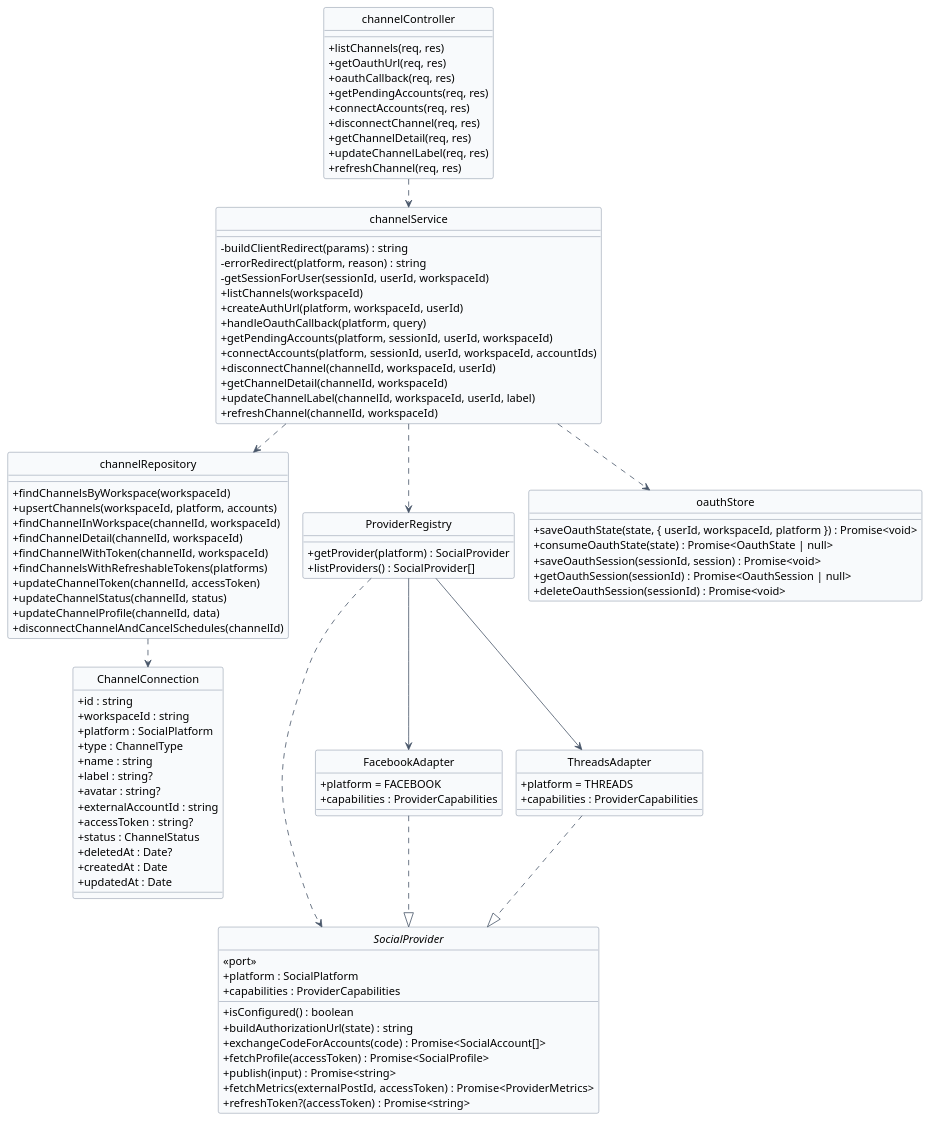
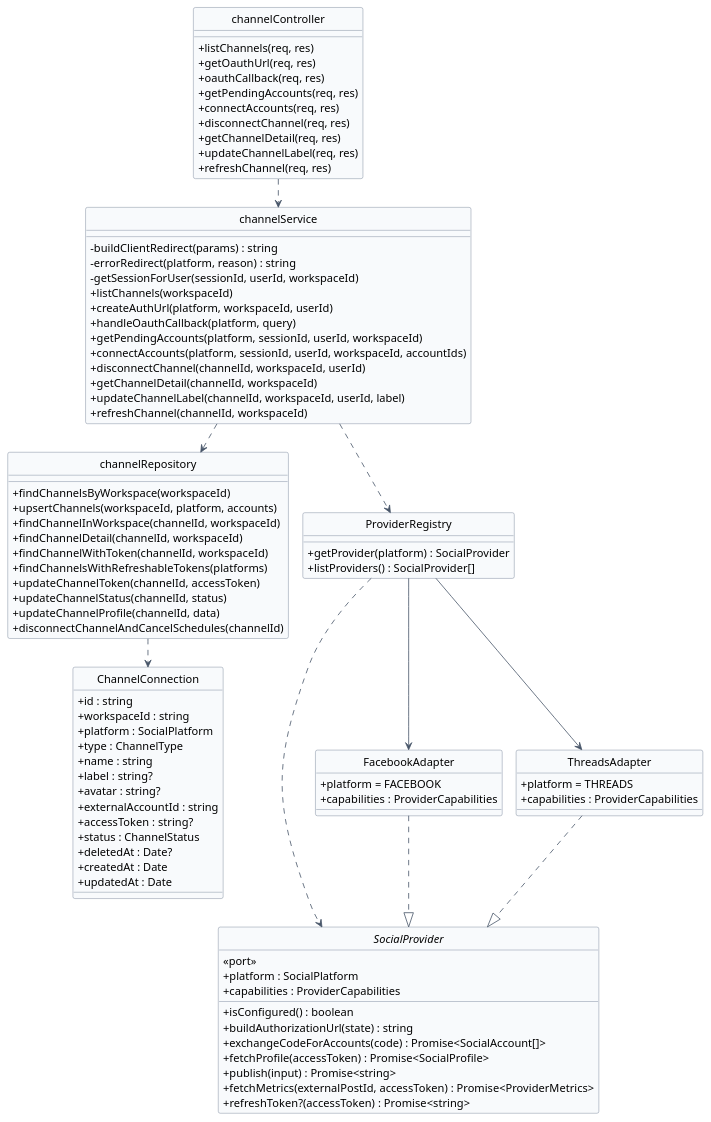
The diagram in docs/diagrams/04-channel.puml (Pham-Hong-Ky/marka-capstone), drawn with PlantUML before and after one commit. The commit also changed 34 other files, not shown here.

```diff
--- a/docs/diagrams/04-channel.puml
+++ b/docs/diagrams/04-channel.puml
@@ -1,121 +1,112 @@
 @startuml 04-channel
 hide circle
 hide stereotype
 !pragma layout smetana
 
 skinparam classAttributeIconSize 0
 skinparam linetype ortho
 skinparam shadowing false
 skinparam defaultFontName Arial
 skinparam nodesep 40
 skinparam ranksep 50
 skinparam class {
   BackgroundColor #F8FAFC
   BorderColor #64748B
   ArrowColor #475569
 }
 
 class "ChannelConnection" as ChannelConnection {
   + id : string
   + workspaceId : string
   + platform : SocialPlatform
   + type : ChannelType
   + name : string
   + label : string?
   + avatar : string?
   + externalAccountId : string
   + accessToken : string?
   + status : ChannelStatus
   + deletedAt : Date?
   + createdAt : Date
   + updatedAt : Date
 }
 
 class "channelController" as channelController {
   + listChannels(req, res)
   + getOauthUrl(req, res)
   + oauthCallback(req, res)
   + getPendingAccounts(req, res)
   + connectAccounts(req, res)
   + disconnectChannel(req, res)
   + getChannelDetail(req, res)
   + updateChannelLabel(req, res)
   + refreshChannel(req, res)
 }
 
 class "channelService" as channelService {
   - buildClientRedirect(params) : string
   - errorRedirect(platform, reason) : string
   - getSessionForUser(sessionId, userId, workspaceId)
   + listChannels(workspaceId)
   + createAuthUrl(platform, workspaceId, userId)
   + handleOauthCallback(platform, query)
   + getPendingAccounts(platform, sessionId, userId, workspaceId)
   + connectAccounts(platform, sessionId, userId, workspaceId, accountIds)
   + disconnectChannel(channelId, workspaceId, userId)
   + getChannelDetail(channelId, workspaceId)
   + updateChannelLabel(channelId, workspaceId, userId, label)
   + refreshChannel(channelId, workspaceId)
 }
 
 class "channelRepository" as channelRepository {
   + findChannelsByWorkspace(workspaceId)
   + upsertChannels(workspaceId, platform, accounts)
   + findChannelInWorkspace(channelId, workspaceId)
   + findChannelDetail(channelId, workspaceId)
   + findChannelWithToken(channelId, workspaceId)
   + findChannelsWithRefreshableTokens(platforms)
   + updateChannelToken(channelId, accessToken)
   + updateChannelStatus(channelId, status)
   + updateChannelProfile(channelId, data)
   + disconnectChannelAndCancelSchedules(channelId)
 }
 
 interface "SocialProvider" as socialProvider {
   <<port>>
   + platform : SocialPlatform
   + capabilities : ProviderCapabilities
   + isConfigured() : boolean
   + buildAuthorizationUrl(state) : string
   + exchangeCodeForAccounts(code) : Promise<SocialAccount[]>
   + fetchProfile(accessToken) : Promise<SocialProfile>
   + publish(input) : Promise<string>
   + fetchMetrics(externalPostId, accessToken) : Promise<ProviderMetrics>
   + refreshToken?(accessToken) : Promise<string>
 }
 
 class "FacebookAdapter" as facebookAdapter {
   + platform = FACEBOOK
   + capabilities : ProviderCapabilities
 }
 
 class "ThreadsAdapter" as threadsAdapter {
   + platform = THREADS
   + capabilities : ProviderCapabilities
 }
 
 class "ProviderRegistry" as providerRegistry {
   + getProvider(platform) : SocialProvider
   + listProviders() : SocialProvider[]
 }
 
-class "oauthStore" as oauthStore {
-  + saveOauthState(state, { userId, workspaceId, platform }) : Promise<void>
-  + consumeOauthState(state) : Promise<OauthState | null>
-  + saveOauthSession(sessionId, session) : Promise<void>
-  + getOauthSession(sessionId) : Promise<OauthSession | null>
-  + deleteOauthSession(sessionId) : Promise<void>
-}
-
 channelController ..> channelService
 channelService ..> channelRepository
 channelService ..> providerRegistry
-channelService ..> oauthStore
 channelRepository ..> ChannelConnection
 providerRegistry ..> socialProvider
 providerRegistry --> facebookAdapter
 providerRegistry --> threadsAdapter
 facebookAdapter ..|> socialProvider
 threadsAdapter ..|> socialProvider
 
 @enduml
```
